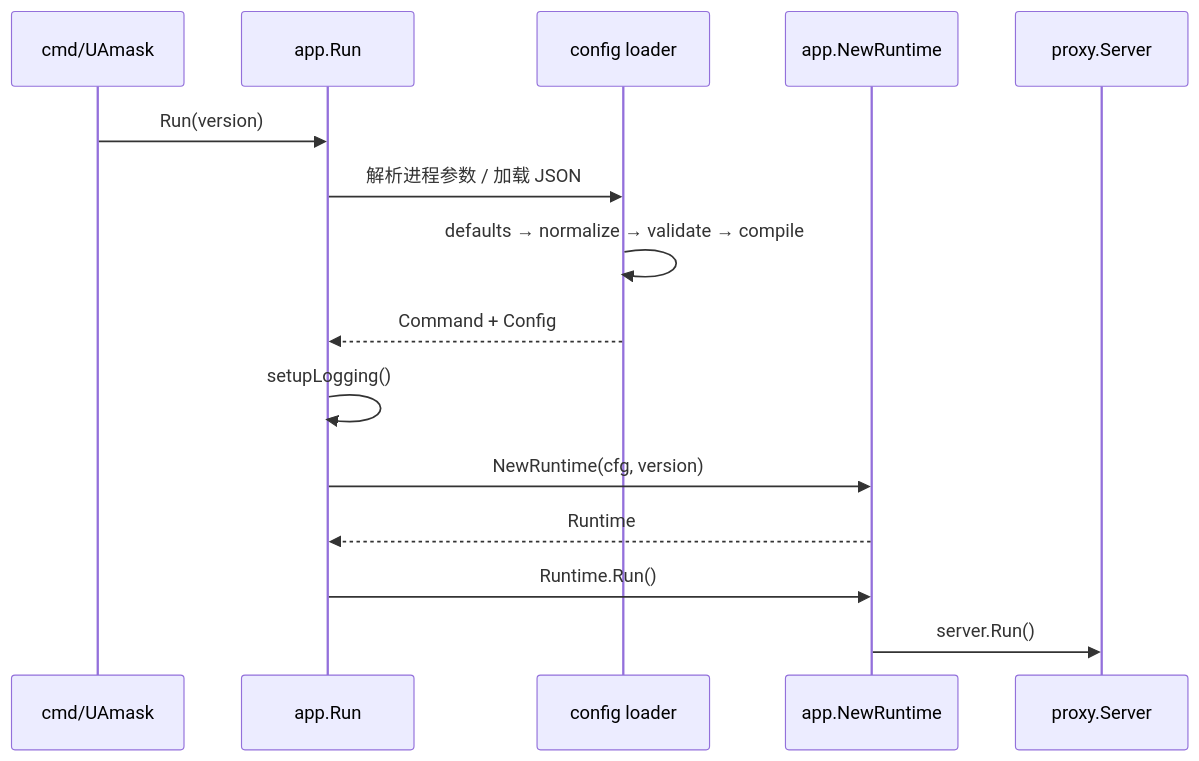
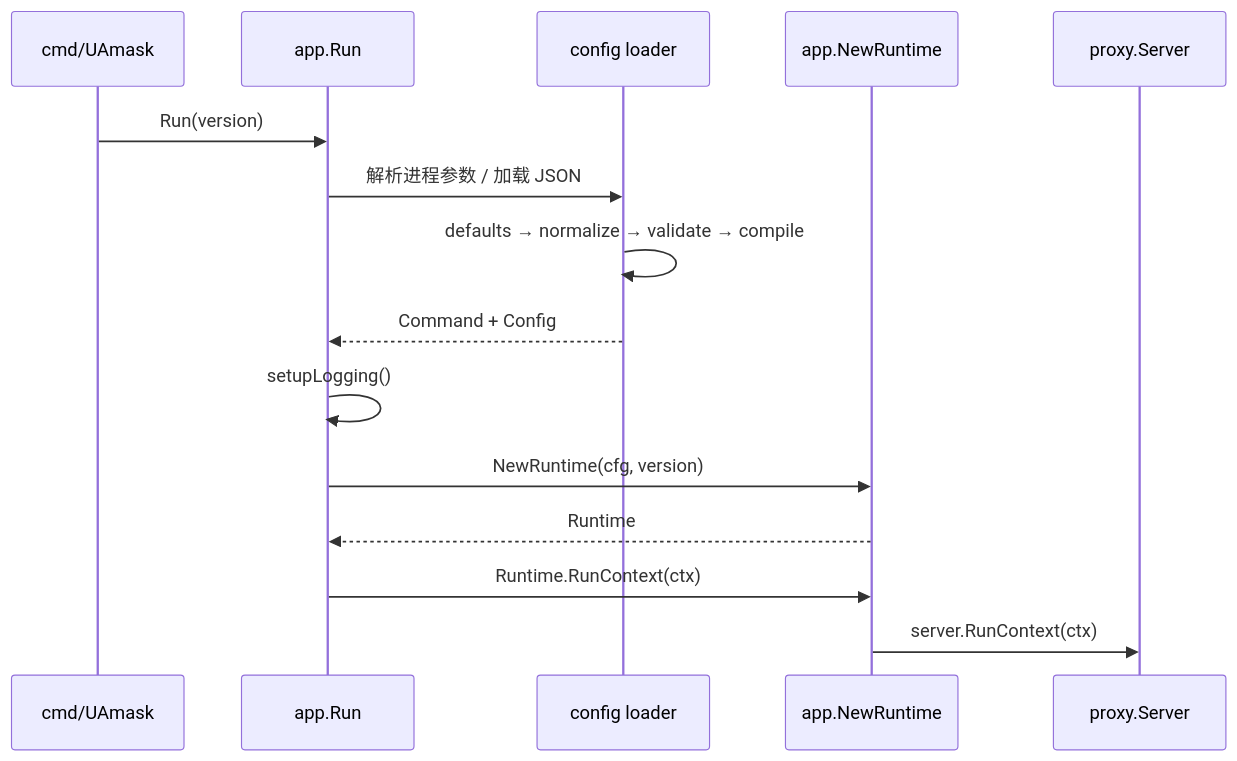
The second of 15 diagrams in docs/architecture.md (Zesuy/UA-Mask), drawn with Mermaid before and after one commit. The commit also changed other lines of this file and 1 other file, not shown here.

Commit message:
docs(core): freeze layered runtime architecture

````diff
--- a/docs/architecture.md
+++ b/docs/architecture.md
@@ -90,18 +91,18 @@
 ```mermaid
 sequenceDiagram
     participant Main as cmd/UAmask
     participant App as app.Run
     participant Config as config loader
     participant Runtime as app.NewRuntime
     participant Server as proxy.Server
 
     Main->>App: Run(version)
     App->>Config: 解析进程参数 / 加载 JSON
     Config->>Config: defaults → normalize → validate → compile
     Config-->>App: Command + Config
     App->>App: setupLogging()
     App->>Runtime: NewRuntime(cfg, version)
     Runtime-->>App: Runtime
-    App->>Runtime: Runtime.Run()
-    Runtime->>Server: server.Run()
+    App->>Runtime: Runtime.RunContext(ctx)
+    Runtime->>Server: server.RunContext(ctx)
 ```
````
